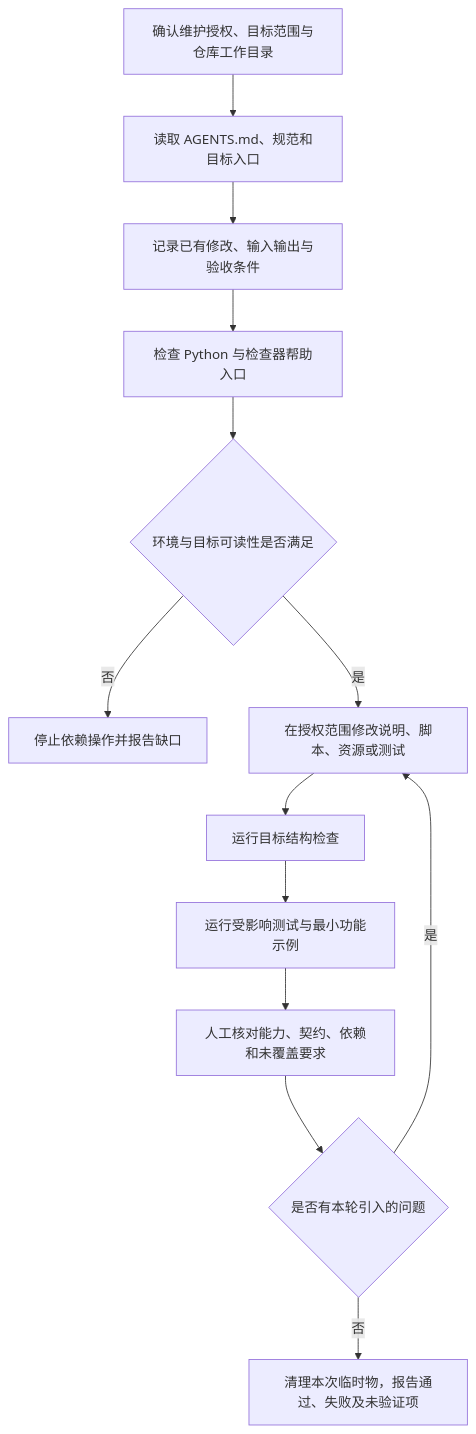
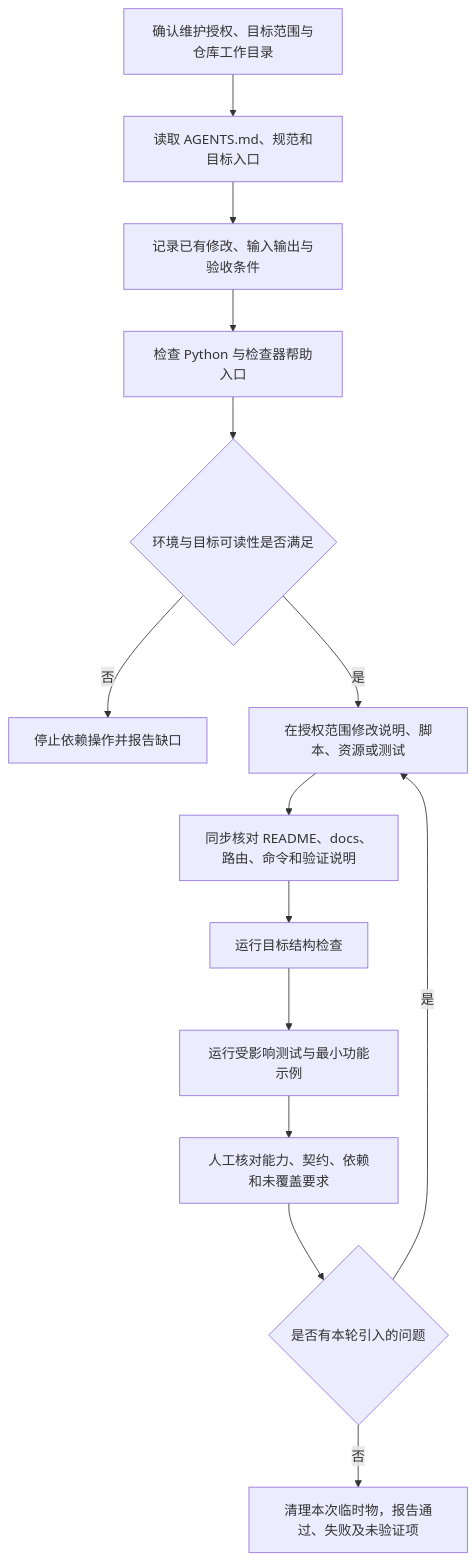
The second of 2 diagrams in docs/skills/skill-development-standards.md (JohnParken/PSL-SKILLS), drawn with Mermaid before and after one commit. The commit also changed other lines of this file and 17 other files, not shown here.

````diff
--- a/docs/skills/skill-development-standards.md
+++ b/docs/skills/skill-development-standards.md
@@ -56,15 +56,16 @@
 ```mermaid
 flowchart TD
     A["确认维护授权、目标范围与仓库工作目录"] --> B["读取 AGENTS.md、规范和目标入口"]
     B --> C["记录已有修改、输入输出与验收条件"]
     C --> D["检查 Python 与检查器帮助入口"]
     D --> E{"环境与目标可读性是否满足"}
     E -->|"否"| F["停止依赖操作并报告缺口"]
     E -->|"是"| G["在授权范围修改说明、脚本、资源或测试"]
-    G --> H["运行目标结构检查"]
+    G --> R["同步核对 README、docs、路由、命令和验证说明"]
+    R --> H["运行目标结构检查"]
     H --> I["运行受影响测试与最小功能示例"]
     I --> J["人工核对能力、契约、依赖和未覆盖要求"]
     J --> K{"是否有本轮引入的问题"}
     K -->|"是"| G
     K -->|"否"| L["清理本次临时物，报告通过、失败及未验证项"]
 ```
````
